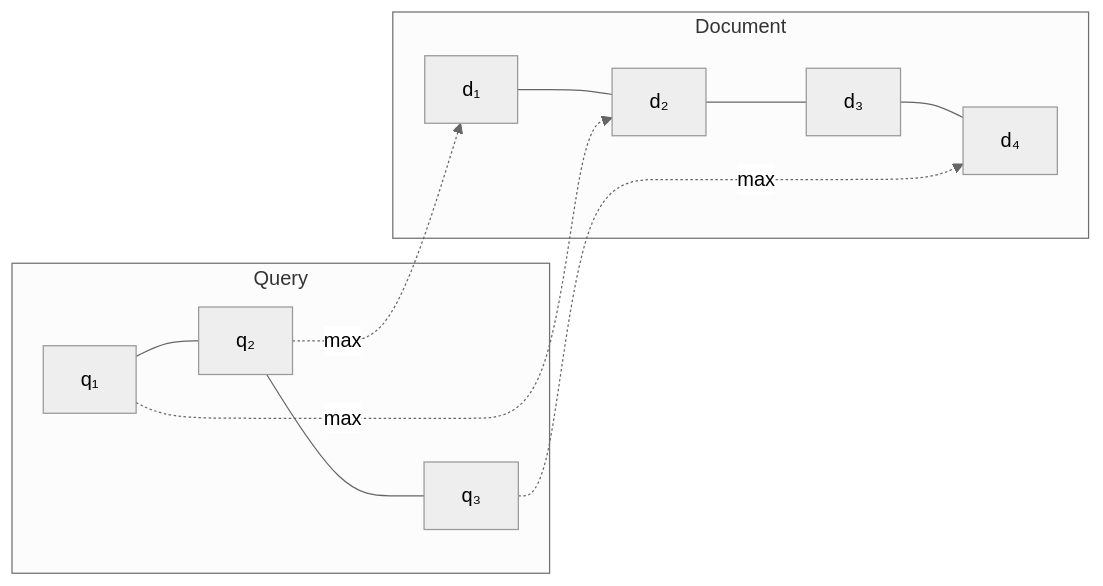
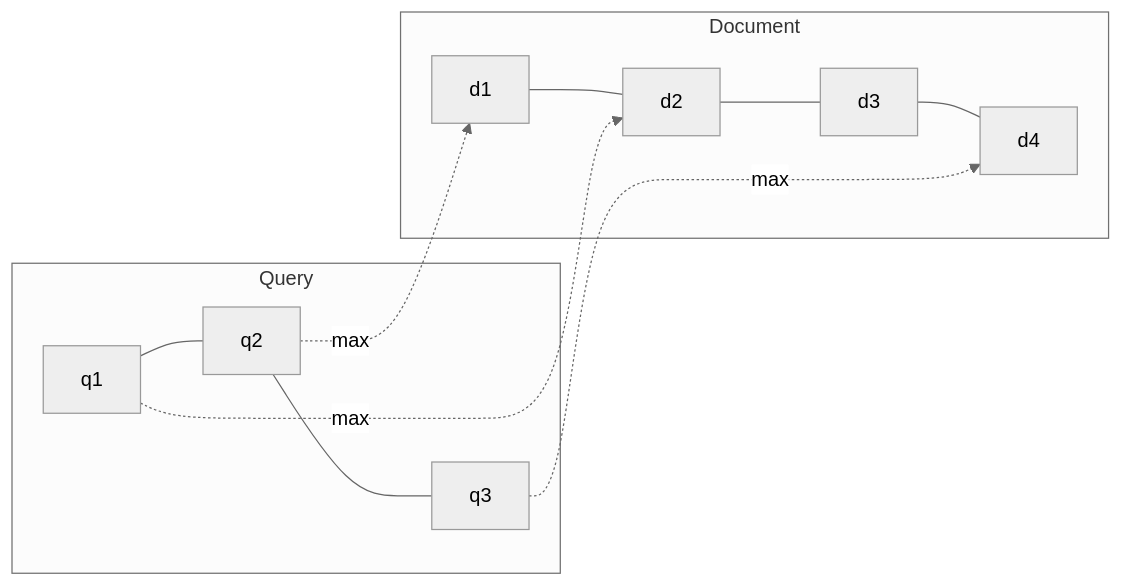
Before and after one commit to arclabs561/rank-refine: the diagram in REFERENCE.md, drawn with Mermaid (neutral theme). The commit also changed other lines of this file and 4 other files, not shown here.

````diff
--- a/REFERENCE.md
+++ b/REFERENCE.md
@@ -25,12 +27,12 @@
 ```mermaid
 graph LR
     subgraph Query
-        q1["q₁"] --- q2["q₂"] --- q3["q₃"]
+        q1["q1"] --- q2["q2"] --- q3["q3"]
     end
     subgraph Document
-        d1["d₁"] --- d2["d₂"] --- d3["d₃"] --- d4["d₄"]
+        d1["d1"] --- d2["d2"] --- d3["d3"] --- d4["d4"]
     end
     q1 -.->|max| d2
     q2 -.->|max| d1
     q3 -.->|max| d4
 ```
````
